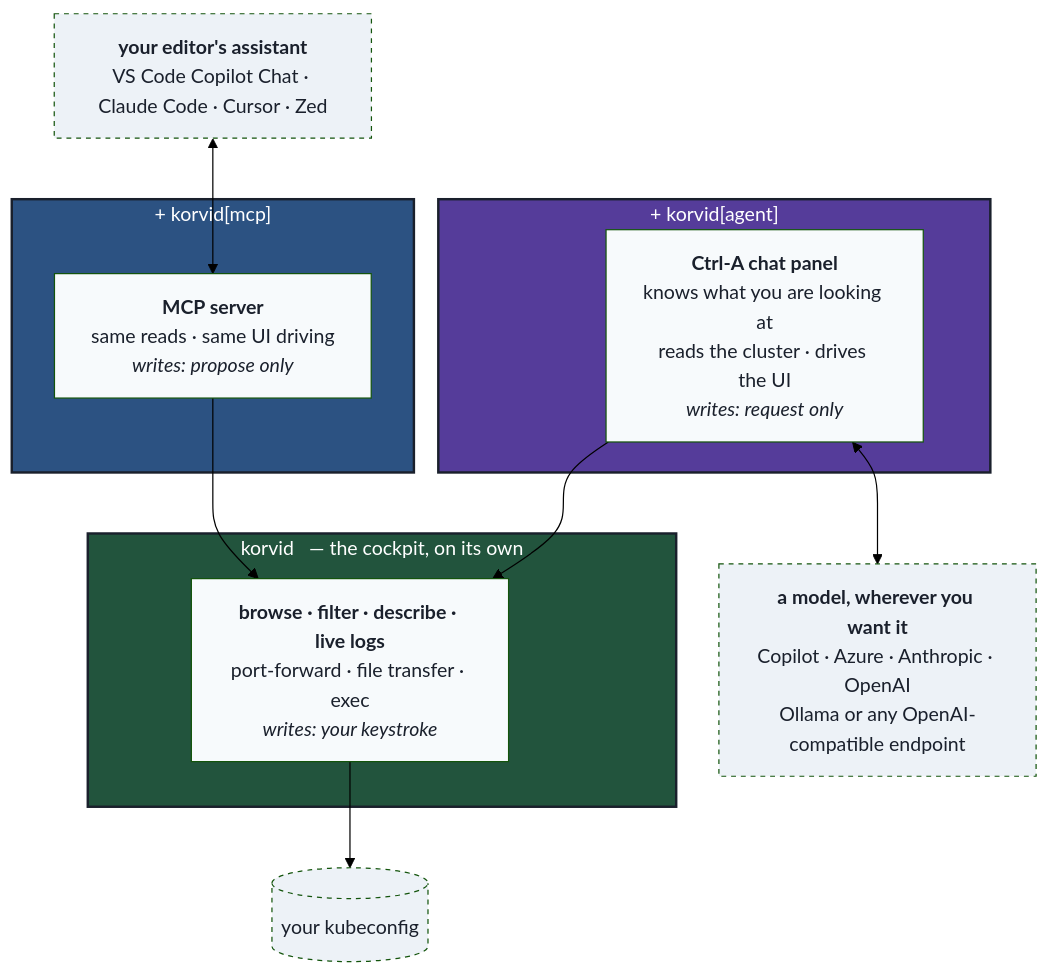
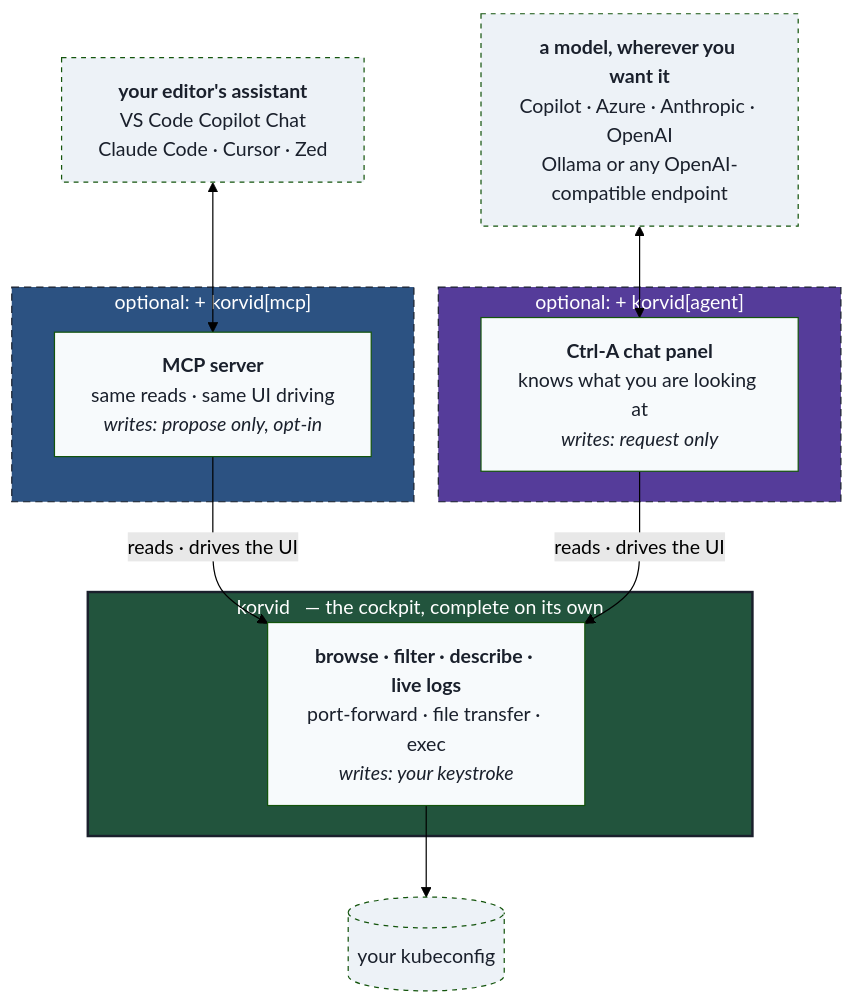
Before and after one commit to hellices/korvid: the first of 2 diagrams in docs/overview.md, drawn with Mermaid (forest theme). The commit also changed other lines of this file, not shown here.

Commit message:
docs: draw the extras as independent, and stop calling [all] everything
Three suppressed findings, all correct, and the middle one was a picture
problem rather than a wording one.

Stacking [mcp] above [agent] drew a ladder. They are independent: [mcp]
declares no agent dependency, and tests/test_optional_extras.py explicitly
preserves MCP-only startup with no agent loop. Someone reading the old
diagram would have believed korvid[mcp] included the embedded agent, which
contradicts the install commands three lines below it. Redrawn side by
side, each labelled optional, with "neither box is required, and neither
implies the other" under it. A diagram that has to be corrected by its own
caption is the wrong diagram.

[all] is agent,mcp - Entra ID support is a separate extra. Calling it
"everything" would have left Azure users without Entra authentication and
no reason to suspect why.

Port-forwards do not survive a pod restart. They detect the death, flip to
broken with a toast, and offer in-place re-attach with one key. That is a
better story than the one I wrote, and it has the advantage of being true.

````diff
--- a/docs/overview.md
+++ b/docs/overview.md
@@ -16,35 +16,35 @@
 ```mermaid
 flowchart TB
-    M["<b>your editor's assistant</b><br/>VS Code Copilot Chat · Claude Code · Cursor · Zed"]
+    M["<b>your editor's assistant</b><br/>VS Code Copilot Chat<br/>Claude Code · Cursor · Zed"]
+    P["<b>a model, wherever you want it</b><br/>Copilot · Azure · Anthropic · OpenAI<br/>Ollama or any OpenAI-compatible endpoint"]
 
-    subgraph L3[" &nbsp; + korvid[mcp] &nbsp; "]
-        MS["<b>MCP server</b><br/>same reads · same UI driving<br/><i>writes: propose only</i>"]
+    subgraph X1[" &nbsp; optional: + korvid[mcp] &nbsp; "]
+        MS["<b>MCP server</b><br/>same reads · same UI driving<br/><i>writes: propose only, opt-in</i>"]
     end
 
-    subgraph L2[" &nbsp; + korvid[agent] &nbsp; "]
-        A["<b>Ctrl-A chat panel</b><br/>knows what you are looking at<br/>reads the cluster · drives the UI<br/><i>writes: request only</i>"]
+    subgraph X2[" &nbsp; optional: + korvid[agent] &nbsp; "]
+        A["<b>Ctrl-A chat panel</b><br/>knows what you are looking at<br/><i>writes: request only</i>"]
     end
 
-    subgraph L1[" &nbsp; korvid &nbsp; — the cockpit, on its own &nbsp; "]
+    subgraph BASE[" &nbsp; korvid &nbsp; — the cockpit, complete on its own &nbsp; "]
         T["<b>browse · filter · describe · live logs</b><br/>port-forward · file transfer · exec<br/><i>writes: your keystroke</i>"]
     end
 
-    P["<b>a model, wherever you want it</b><br/>Copilot · Azure · Anthropic · OpenAI<br/>Ollama or any OpenAI-compatible endpoint"]
     K[("your kubeconfig")]
 
     M <--> MS
-    MS --> T
-    A --> T
-    A <--> P
+    P <--> A
+    MS -->|"reads · drives the UI"| T
+    A -->|"reads · drives the UI"| T
     T --> K
 
-    style L1 fill:#22543d,color:#fff,stroke:#1a202c,stroke-width:2px
-    style L2 fill:#553c9a,color:#fff,stroke:#1a202c,stroke-width:2px
-    style L3 fill:#2c5282,color:#fff,stroke:#1a202c,stroke-width:2px
+    style BASE fill:#22543d,color:#fff,stroke:#1a202c,stroke-width:2px
+    style X1 fill:#2c5282,color:#fff,stroke:#1a202c,stroke-dasharray: 6 4
+    style X2 fill:#553c9a,color:#fff,stroke:#1a202c,stroke-dasharray: 6 4
     style T fill:#f7fafc,color:#1a202c
     style A fill:#f7fafc,color:#1a202c
     style MS fill:#f7fafc,color:#1a202c
     style M fill:#edf2f7,color:#1a202c,stroke-dasharray: 4 4
     style P fill:#edf2f7,color:#1a202c,stroke-dasharray: 4 4
     style K fill:#edf2f7,color:#1a202c,stroke-dasharray: 4 4
 ```
````
